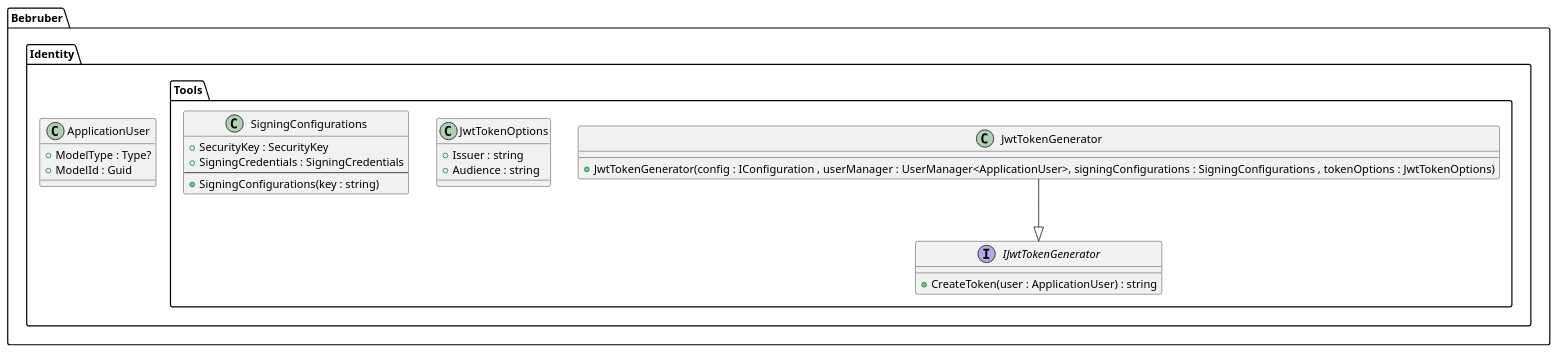
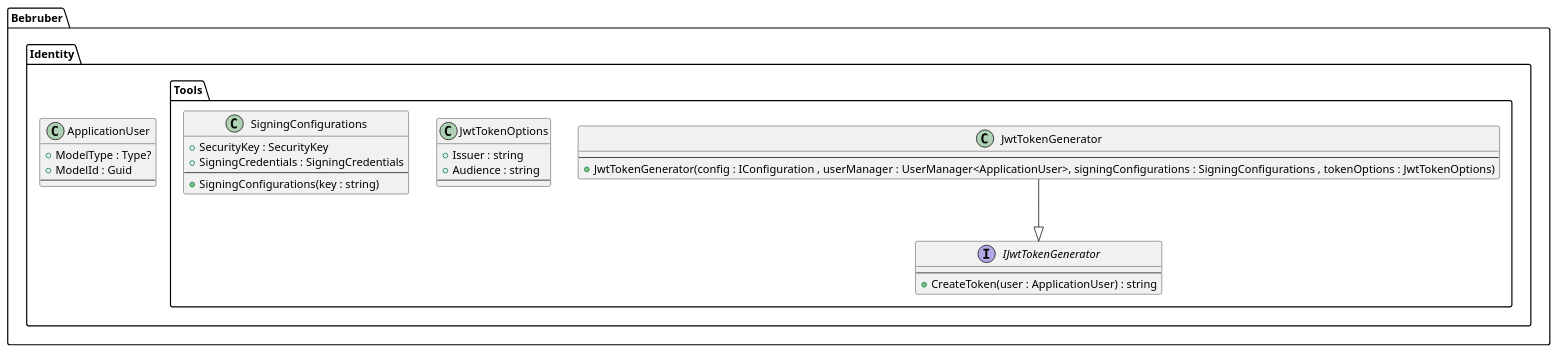
One commit to is-oop-y24/bebruber changed the diagram in docs/Bebruber.Identity.puml. Above: the diagram before and after it, drawn with PlantUML. The commit also changed 4 other files, not shown here.

Commit message:
uml fixes

```diff
--- a/docs/Bebruber.Identity.puml
+++ b/docs/Bebruber.Identity.puml
@@ -1,25 +1,29 @@
 package Bebruber.Identity{
     package Tools{
         interface IJwtTokenGenerator{
+            ---
             + CreateToken(user : ApplicationUser) : string
         }
         class JwtTokenGenerator{
+            ---
             + JwtTokenGenerator(config : IConfiguration , userManager : UserManager<ApplicationUser>, signingConfigurations : SigningConfigurations , tokenOptions : JwtTokenOptions)
         }
         class JwtTokenOptions{
             + Issuer : string
             + Audience : string
+            ---
         }
         class SigningConfigurations{
             + SecurityKey : SecurityKey
             +  SigningCredentials : SigningCredentials
             ---
             + SigningConfigurations(key : string)
         }
     }
     class ApplicationUser{
         + ModelType : Type?
         + ModelId : Guid
+        ---
     }
 }
 JwtTokenGenerator--|>IJwtTokenGenerator
```
